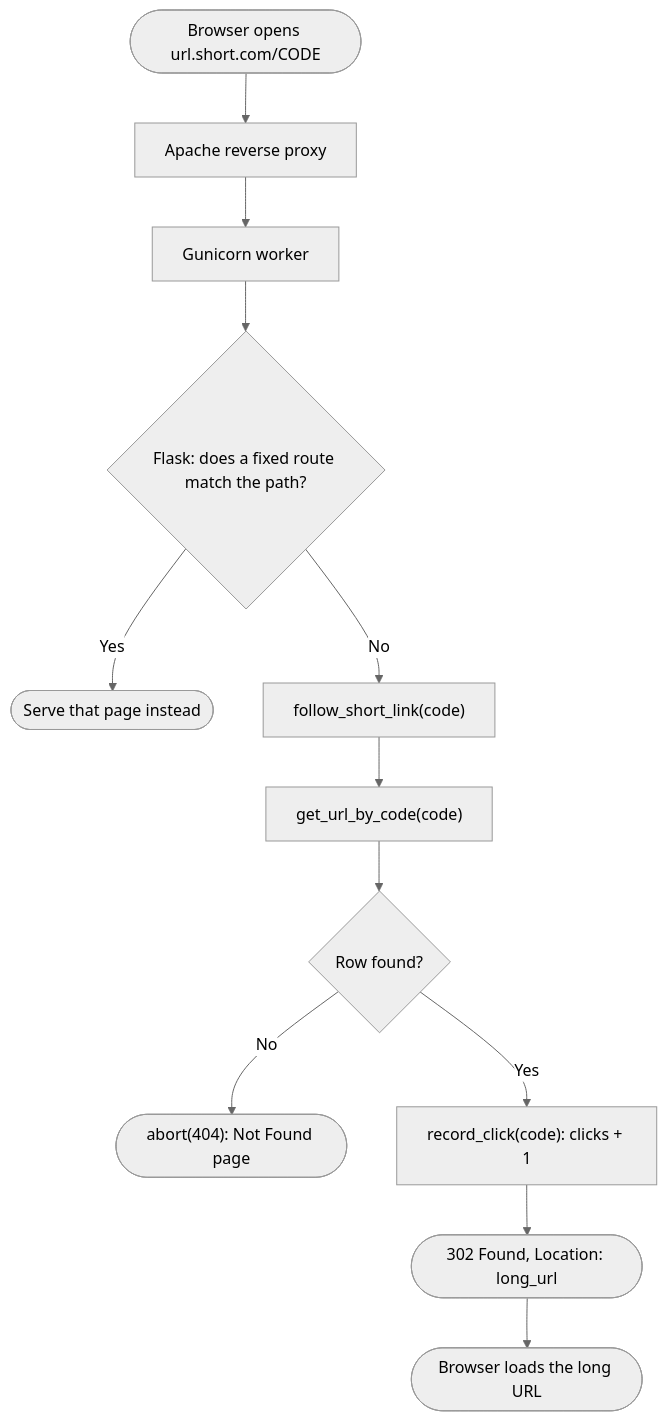
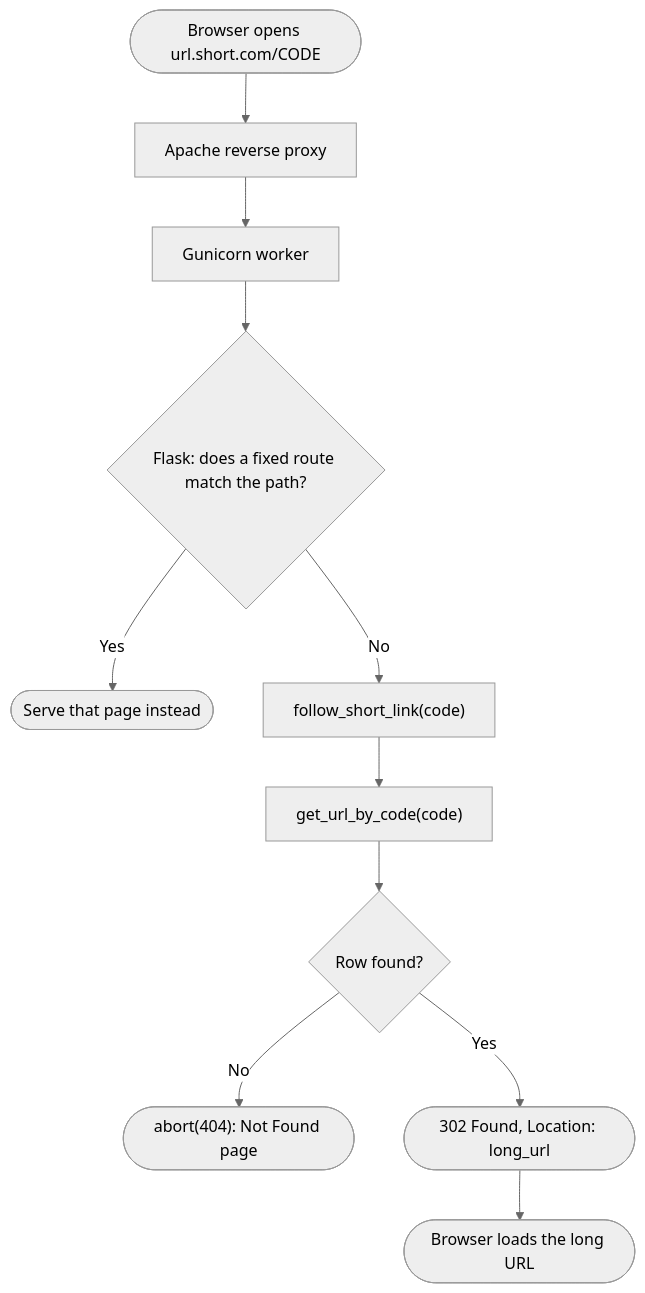
One commit to GreenDAS/url_shortener changed the first of 2 diagrams in docs/specs/redirect.md. Above: the diagram before and after it, drawn with Mermaid (neutral theme). The commit also changed other lines of this file and 6 other files, not shown here.

````diff
--- a/docs/specs/redirect.md
+++ b/docs/specs/redirect.md
@@ -59,14 +60,13 @@
 ```mermaid
 flowchart TD
     A(["Browser opens url.short.com/CODE"]) --> B[Apache reverse proxy]
     B --> C[Gunicorn worker]
     C --> D{"Flask: does a fixed route match the path?"}
     D -->|Yes| E([Serve that page instead])
     D -->|No| F["follow_short_link(code)"]
     F --> G["get_url_by_code(code)"]
     G --> H{Row found?}
     H -->|No| I(["abort(404): Not Found page"])
-    H -->|Yes| J["record_click(code): clicks + 1"]
-    J --> K(["302 Found, Location: long_url"])
+    H -->|Yes| K(["302 Found, Location: long_url"])
     K --> L([Browser loads the long URL])
 ```
````
